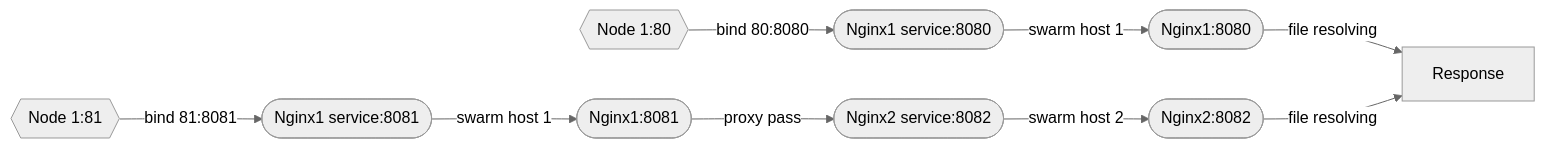
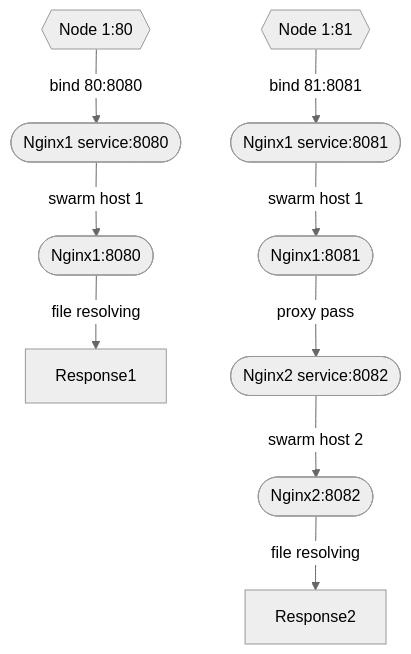
The diagram in swarm/README.md (evgenykon/docker-experiments), drawn with Mermaid (neutral theme) before and after one commit.

Commit message:
readme updates

````diff
--- a/swarm/README.md
+++ b/swarm/README.md
@@ -3,11 +3,11 @@
 ```mermaid
-flowchart LR
+flowchart TD
     Node1_port80{{Node 1:80}} --bind 80:8080--> Nginx1Service80([Nginx1 service:8080])
     Nginx1Service80 --swarm host 1--> Nginx1_8080([Nginx1:8080])
-    Nginx1_8080 --file resolving--> Response
+    Nginx1_8080 --file resolving--> Response1
     Node1_port81{{Node 1:81}} --bind 81:8081--> Nginx1Service81([Nginx1 service:8081])
     Nginx1Service81 --swarm host 1--> Nginx1_8081([Nginx1:8081])
     Nginx1_8081 --proxy pass--> Nginx2Service82([Nginx2 service:8082])
     Nginx2Service82 --swarm host 2--> Nginx2_8082([Nginx2:8082])
-    Nginx2_8082 --file resolving--> Response
+    Nginx2_8082 --file resolving--> Response2
 ```
````
